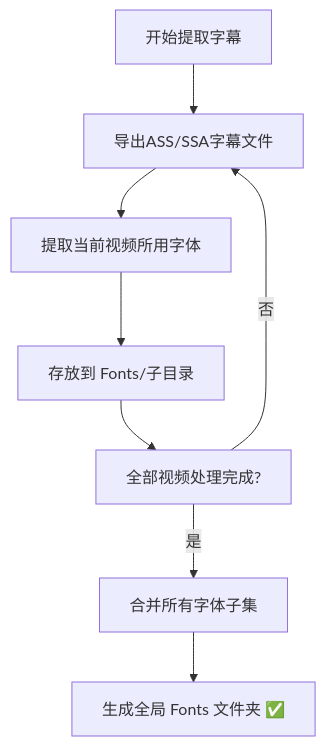
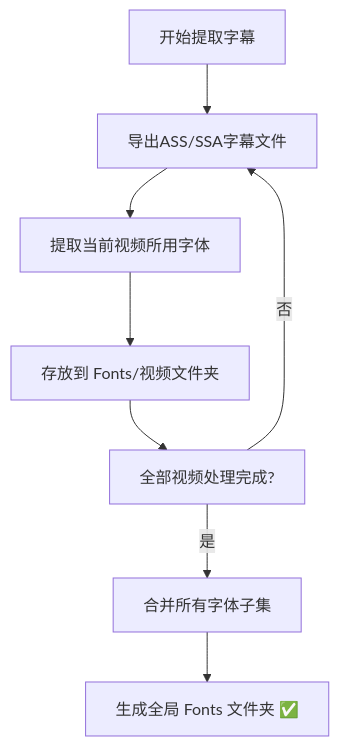
Before and after one commit to TCBOMC/Subtitle-Exporter: the second of 4 diagrams in README.md, drawn with Mermaid.

Commit message:
Update flowchart to reflect new font storage location

````diff
--- a/README.md
+++ b/README.md
@@ -88,10 +88,10 @@
     ```mermaid
     flowchart TD
     A[开始提取字幕] --> B[导出ASS/SSA字幕文件]
     B --> C[提取当前视频所用字体]
-    C --> D[存放到 Fonts/子目录]
+    C --> D[存放到 Fonts/视频文件夹]
     D --> E[全部视频处理完成?]
     E -- 否 --> B
     E -- 是 --> F[合并所有字体子集]
     F --> G[生成全局 Fonts 文件夹 ✅]
     ```
````
